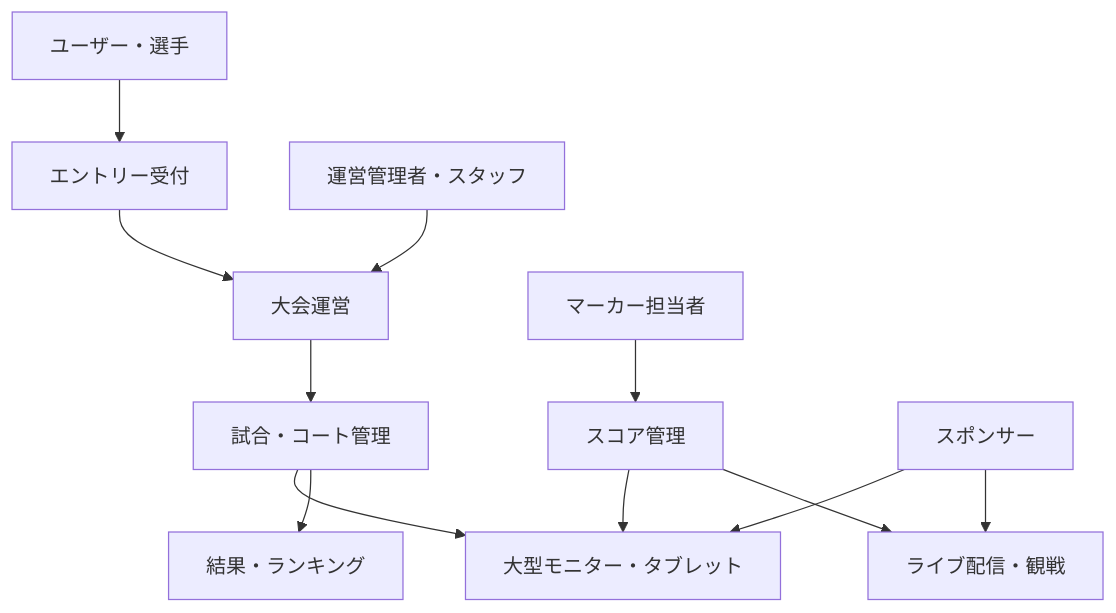
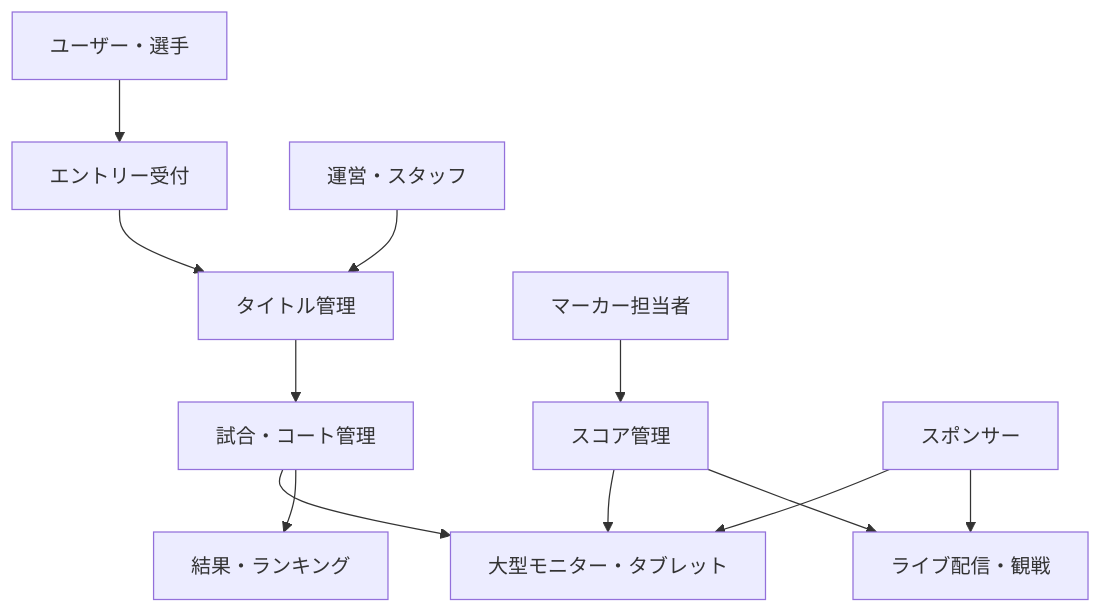
Before and after one commit to Miraisosha/S-NICK-Platform: the diagram in docs/01_project-overview.md, drawn with Mermaid. The commit also changed other lines of this file and 5 other files, not shown here.

````diff
--- a/docs/01_project-overview.md
+++ b/docs/01_project-overview.md
@@ -32,14 +32,14 @@
 ```mermaid
 flowchart TD
     User["ユーザー・選手"] --> Entry["エントリー受付"]
-    Admin["運営管理者・スタッフ"] --> Platform["大会運営"]
+    Admin["運営・スタッフ"] --> Platform["タイトル管理"]
     Marker["マーカー担当者"] --> Score["スコア管理"]
     Platform --> Match["試合・コート管理"]
     Entry --> Platform
     Score --> Display["大型モニター・タブレット"]
     Score --> Live["ライブ配信・観戦"]
     Match --> Display
     Match --> Result["結果・ランキング"]
     Sponsor["スポンサー"] --> Display
     Sponsor --> Live
 ```
````
